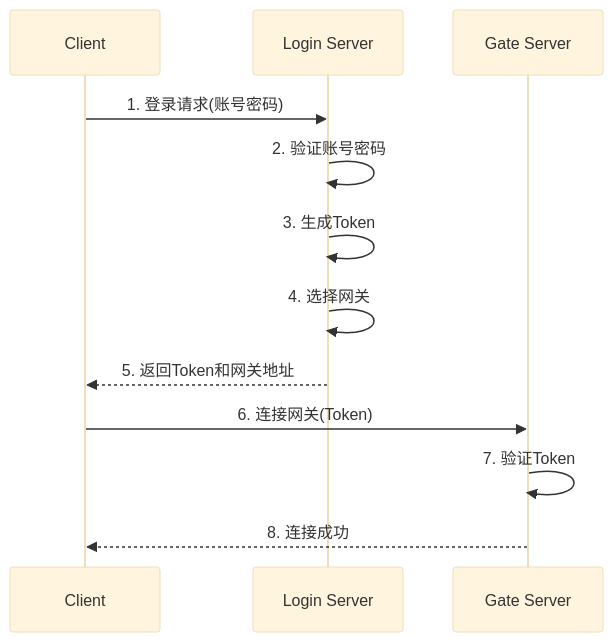
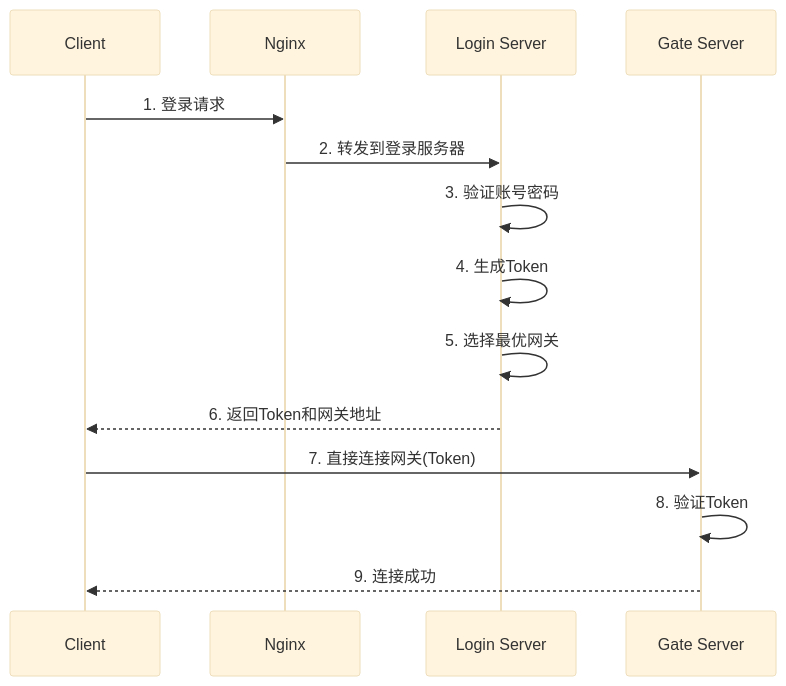
The first of 3 diagrams in doc/protocol.md (easycheaplife/tyconn_server), drawn with Mermaid (base theme) before and after one commit. The commit also changed other lines of this file and 7 other files, not shown here.

````diff
--- a/doc/protocol.md
+++ b/doc/protocol.md
@@ -148,15 +148,17 @@
 ```mermaid
 sequenceDiagram
     participant C as Client
+    participant N as Nginx
     participant L as Login Server
     participant G as Gate Server
     
-    C->>L: 1. 登录请求(账号密码)
-    L->>L: 2. 验证账号密码
-    L->>L: 3. 生成Token
-    L->>L: 4. 选择网关
-    L-->>C: 5. 返回Token和网关地址
-    C->>G: 6. 连接网关(Token)
-    G->>G: 7. 验证Token
-    G-->>C: 8. 连接成功
+    C->>N: 1. 登录请求
+    N->>L: 2. 转发到登录服务器
+    L->>L: 3. 验证账号密码
+    L->>L: 4. 生成Token
+    L->>L: 5. 选择最优网关
+    L-->>C: 6. 返回Token和网关地址
+    C->>G: 7. 直接连接网关(Token)
+    G->>G: 8. 验证Token
+    G-->>C: 9. 连接成功
 ```
````
